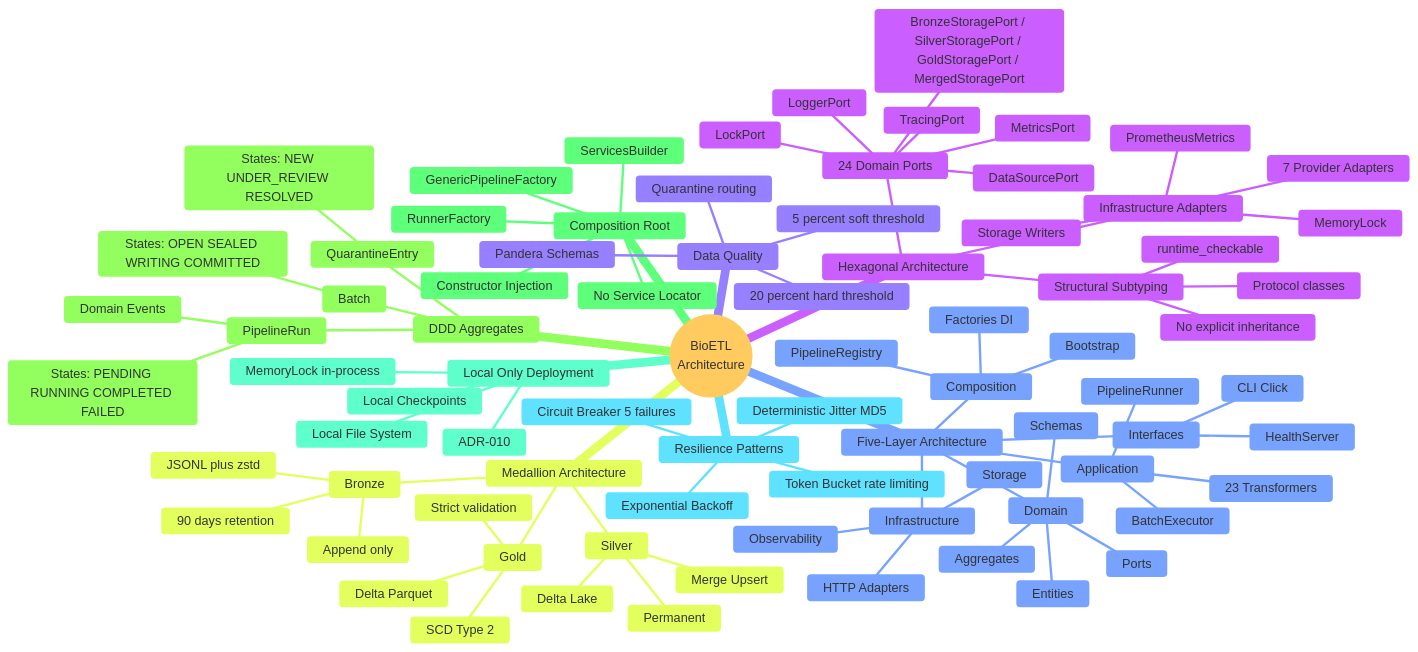
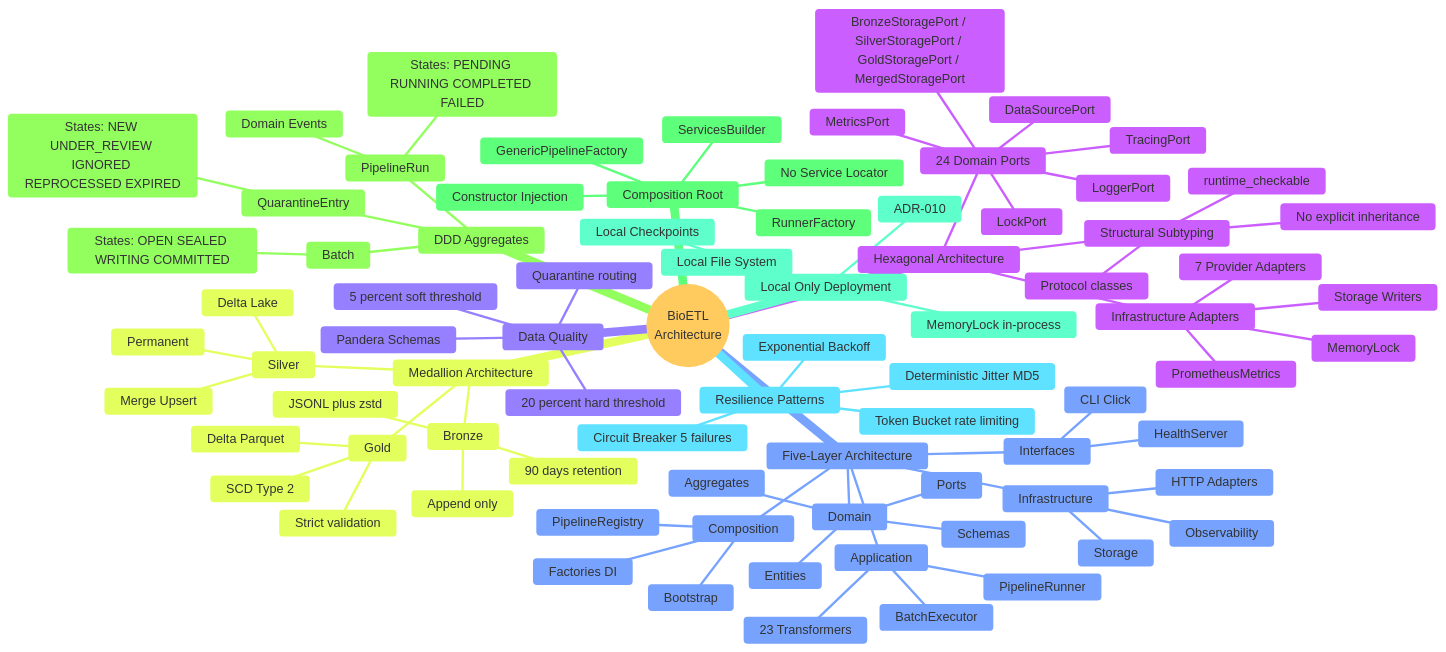
Before and after one commit to SatoryKono/BioactivityDataAcquisition: the diagram in docs/02-architecture/diagrams/foundation/36-architecture-principles-mindmap.mmd, drawn with Mermaid. The commit also changed 53 other files, not shown here.

```diff
--- a/docs/02-architecture/diagrams/foundation/36-architecture-principles-mindmap.mmd
+++ b/docs/02-architecture/diagrams/foundation/36-architecture-principles-mindmap.mmd
@@ -1,93 +1,93 @@
 %% Title: Architecture Principles Mind Map
 %% Covers: RULES.md §1 (Architecture), all ADRs
 %% Rank: 11 (Score 8.38) — Single overview of all architectural principles
 %% Updated: 2026-02-17
 
 %% @version 1.0.0
 %% @date    2026-02-24
 %% @type    mindmap
 %% @level   Mixed (System / Component / Class)
 %% @nodes   1
 %%{init: {'theme': 'base', 'themeVariables': {'lineWidth': '2'}}}%%
 mindmap
     root((BioETL<br/>Architecture))
         Hexagonal Architecture
             24 Domain Ports
                 DataSourcePort
                 BronzeStoragePort / SilverStoragePort / GoldStoragePort / MergedStoragePort
                 LockPort
                 MetricsPort
                 LoggerPort
                 TracingPort
             Infrastructure Adapters
                 7 Provider Adapters
                 Storage Writers
                 MemoryLock
                 PrometheusMetrics
             Structural Subtyping
                 Protocol classes
                 No explicit inheritance
                 runtime_checkable
         Five-Layer Architecture
             Interfaces
                 CLI Click
                 HealthServer
             Composition
                 Factories DI
                 Bootstrap
                 PipelineRegistry
             Application
                 PipelineRunner
                 BatchExecutor
                 23 Transformers
             Domain
                 Ports
                 Entities
                 Aggregates
                 Schemas
             Infrastructure
                 HTTP Adapters
                 Storage
                 Observability
         Medallion Architecture
             Bronze
                 JSONL plus zstd
                 Append only
                 90 days retention
             Silver
                 Delta Lake
                 Merge Upsert
                 Permanent
             Gold
                 Delta Parquet
                 SCD Type 2
                 Strict validation
         DDD Aggregates
             PipelineRun
                 States: PENDING RUNNING COMPLETED FAILED
                 Domain Events
             Batch
                 States: OPEN SEALED WRITING COMMITTED
             QuarantineEntry
-                States: NEW UNDER_REVIEW RESOLVED
+                States: NEW UNDER_REVIEW IGNORED REPROCESSED EXPIRED
         Composition Root
             GenericPipelineFactory
             RunnerFactory
             ServicesBuilder
             Constructor Injection
             No Service Locator
         Local Only Deployment
             MemoryLock in-process
             Local File System
             Local Checkpoints
             ADR-010
         Resilience Patterns
             Circuit Breaker 5 failures
             Token Bucket rate limiting
             Exponential Backoff
             Deterministic Jitter MD5
         Data Quality
             Pandera Schemas
             5 percent soft threshold
             20 percent hard threshold
             Quarantine routing
```
